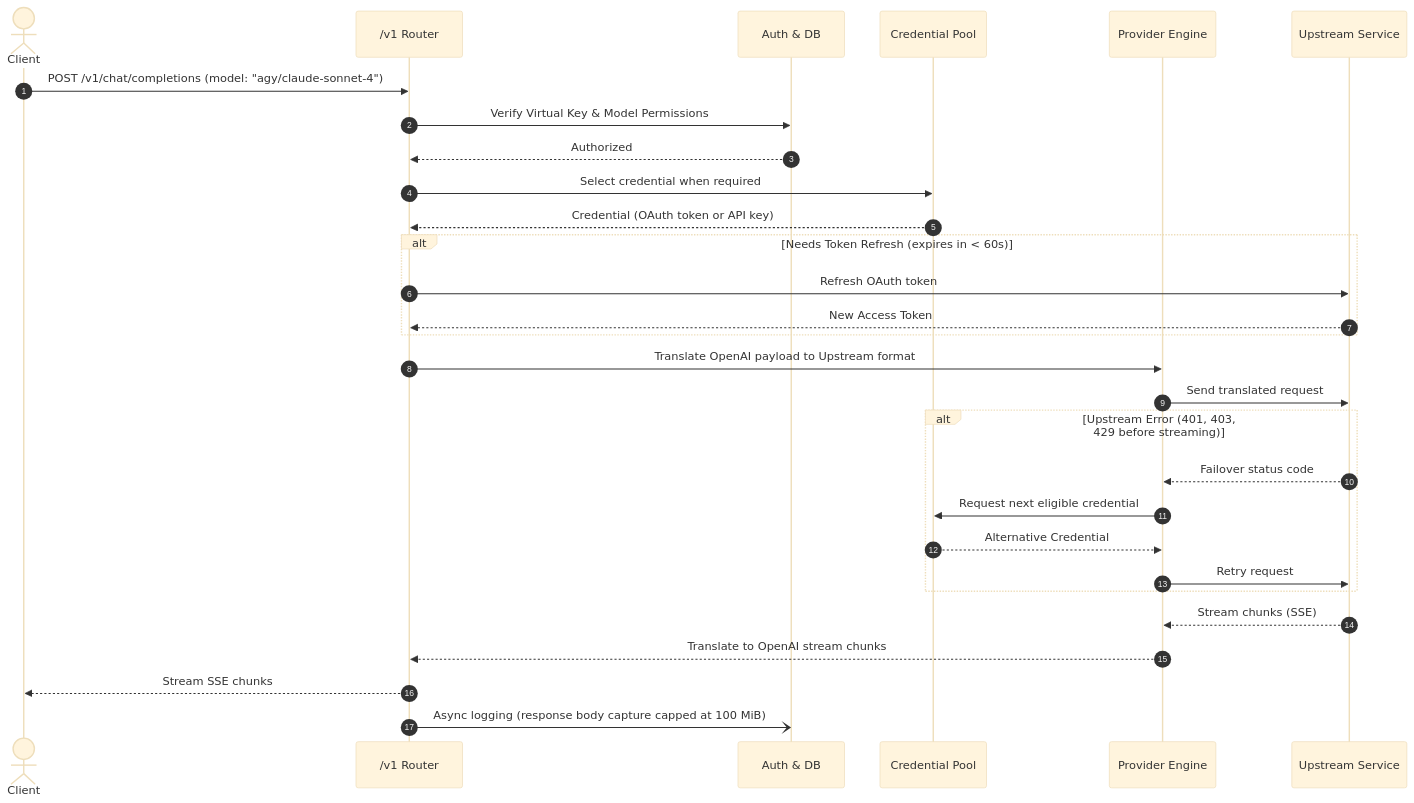
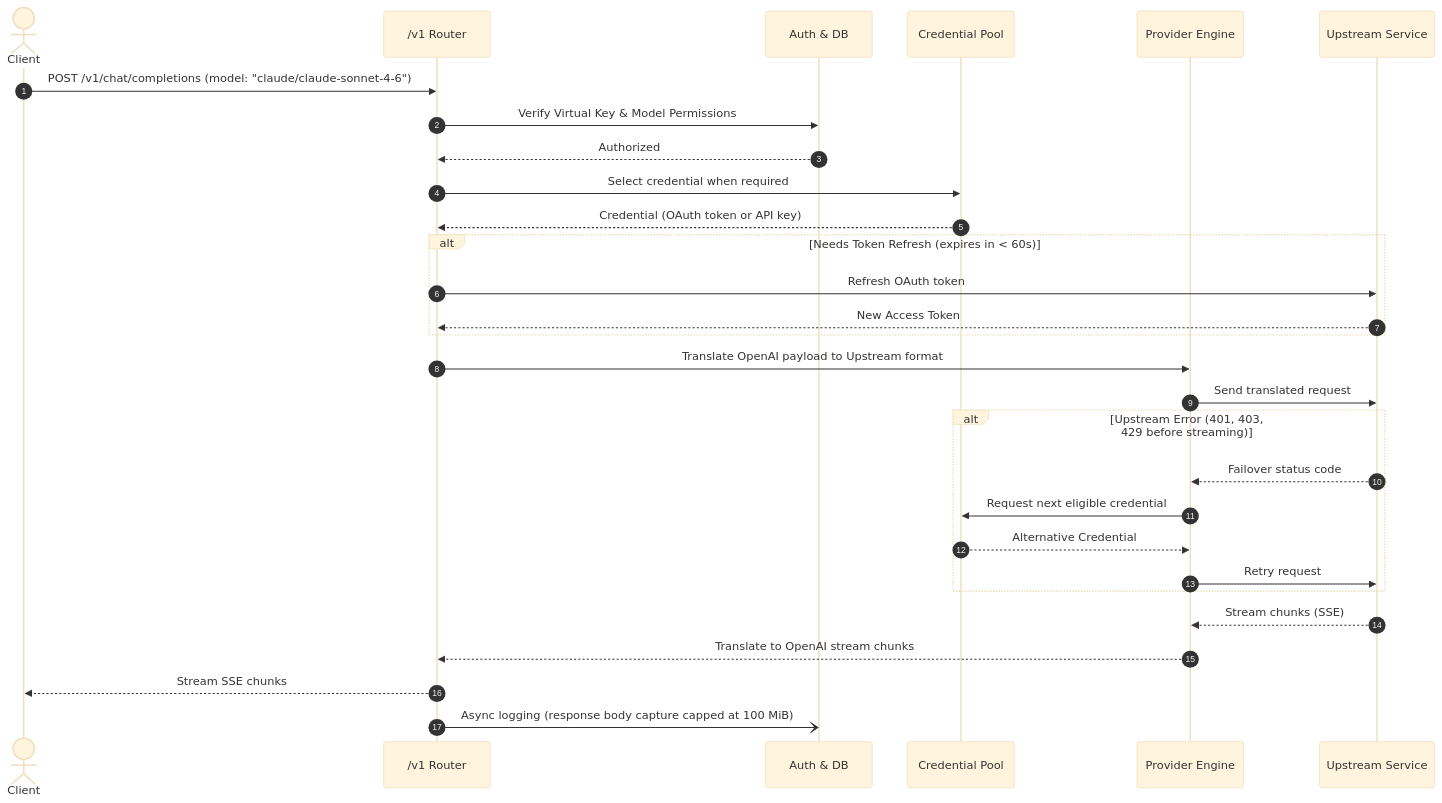
The second of 2 diagrams in docs/architecture.md (Delnegend/zero-g), drawn with Mermaid (base theme) before and after one commit. The commit also changed other lines of this file and 60 other files, not shown here.

````diff
--- a/docs/architecture.md
+++ b/docs/architecture.md
@@ -64,36 +62,36 @@
 ```mermaid
 sequenceDiagram
     autonumber
     actor Client
     participant V1 as /v1 Router
     participant Auth as Auth & DB
     participant Pool as Credential Pool
     participant Engine as Provider Engine
     participant Upstream as Upstream Service
 
-    Client->>V1: POST /v1/chat/completions (model: "agy/claude-sonnet-4")
+    Client->>V1: POST /v1/chat/completions (model: "claude/claude-sonnet-4-6")
     V1->>Auth: Verify Virtual Key & Model Permissions
     Auth-->>V1: Authorized
     V1->>Pool: Select credential when required
     Pool-->>V1: Credential (OAuth token or API key)
     
     alt Needs Token Refresh (expires in < 60s)
         V1->>Upstream: Refresh OAuth token
         Upstream-->>V1: New Access Token
     end
 
     V1->>Engine: Translate OpenAI payload to Upstream format
     Engine->>Upstream: Send translated request
     
     alt Upstream Error (401, 403, 429 before streaming)
         Upstream-->>Engine: Failover status code
         Engine->>Pool: Request next eligible credential
         Pool-->>Engine: Alternative Credential
         Engine->>Upstream: Retry request
     end
 
     Upstream-->>Engine: Stream chunks (SSE)
     Engine-->>V1: Translate to OpenAI stream chunks
     V1-->>Client: Stream SSE chunks
     V1-)Auth: Async logging (response body capture capped at 100 MiB)
 ```
````
